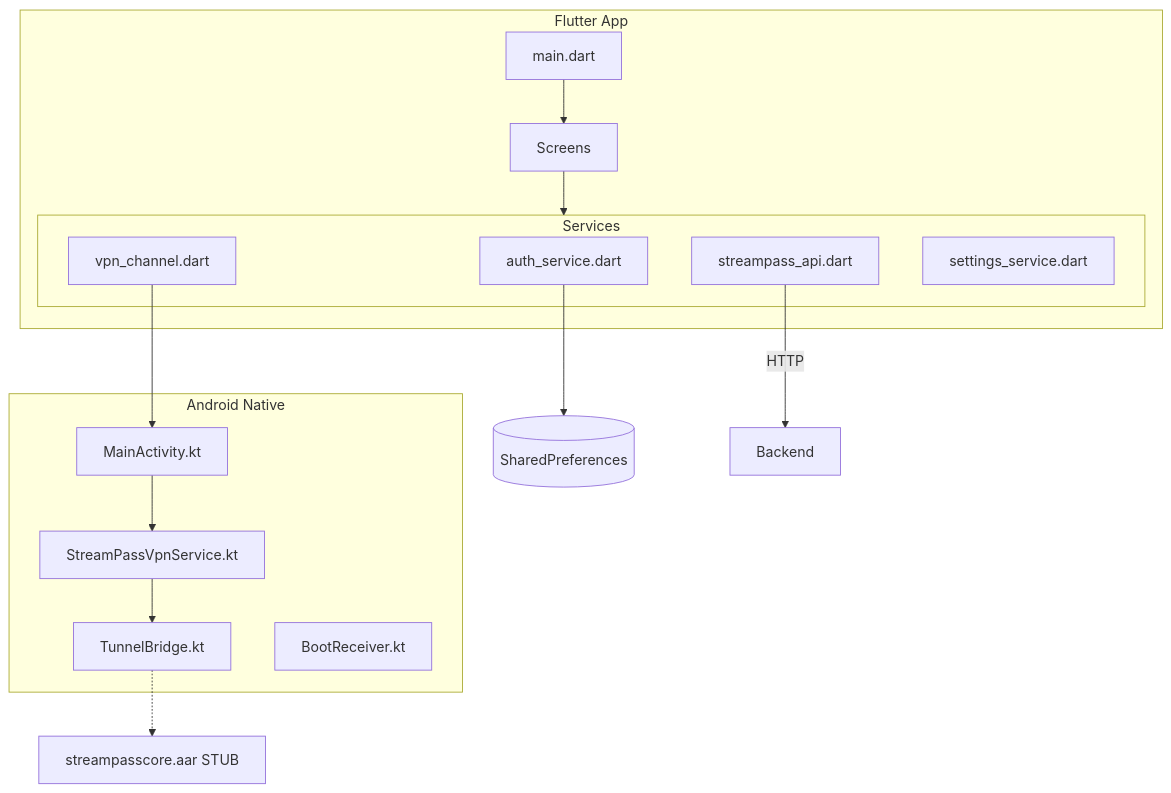
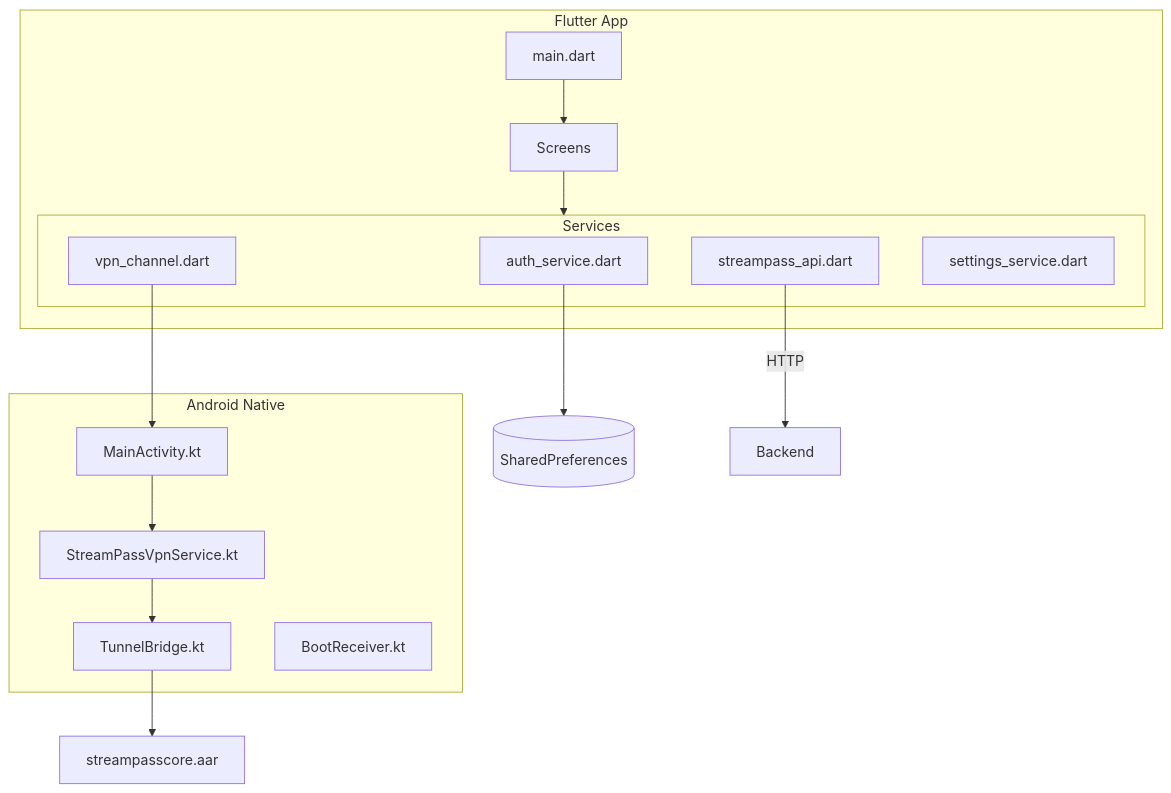
One commit to Zilola5404/StreamPass changed the third of 4 diagrams in docs/07_Architecture.md. Above: the diagram before and after it, drawn with Mermaid. The commit also changed other lines of this file and 34 other files, not shown here.

````diff
--- a/docs/07_Architecture.md
+++ b/docs/07_Architecture.md
@@ -119,31 +125,31 @@
 ```mermaid
 graph TB
     subgraph Flutter["Flutter App"]
         Main[main.dart]
         Screens[Screens]
         Services[Services]
         Main --> Screens
         Screens --> Services
     end
 
     subgraph Services
         AuthS[auth_service.dart]
         API[streampass_api.dart]
         VPN[vpn_channel.dart]
         Settings[settings_service.dart]
     end
 
     subgraph AndroidNative["Android Native"]
         MainAct[MainActivity.kt]
         VPNService[StreamPassVpnService.kt]
         Tunnel[TunnelBridge.kt]
         Boot[BootReceiver.kt]
         MainAct --> VPNService
         VPNService --> Tunnel
     end
 
     VPN --> MainAct
     AuthS --> SharedPrefs[(SharedPreferences)]
     API -->|HTTP| Backend
-    Tunnel -.-> GoCoreAAR[streampasscore.aar STUB]
+    Tunnel --> GoCoreAAR[streampasscore.aar]
 ```
````
